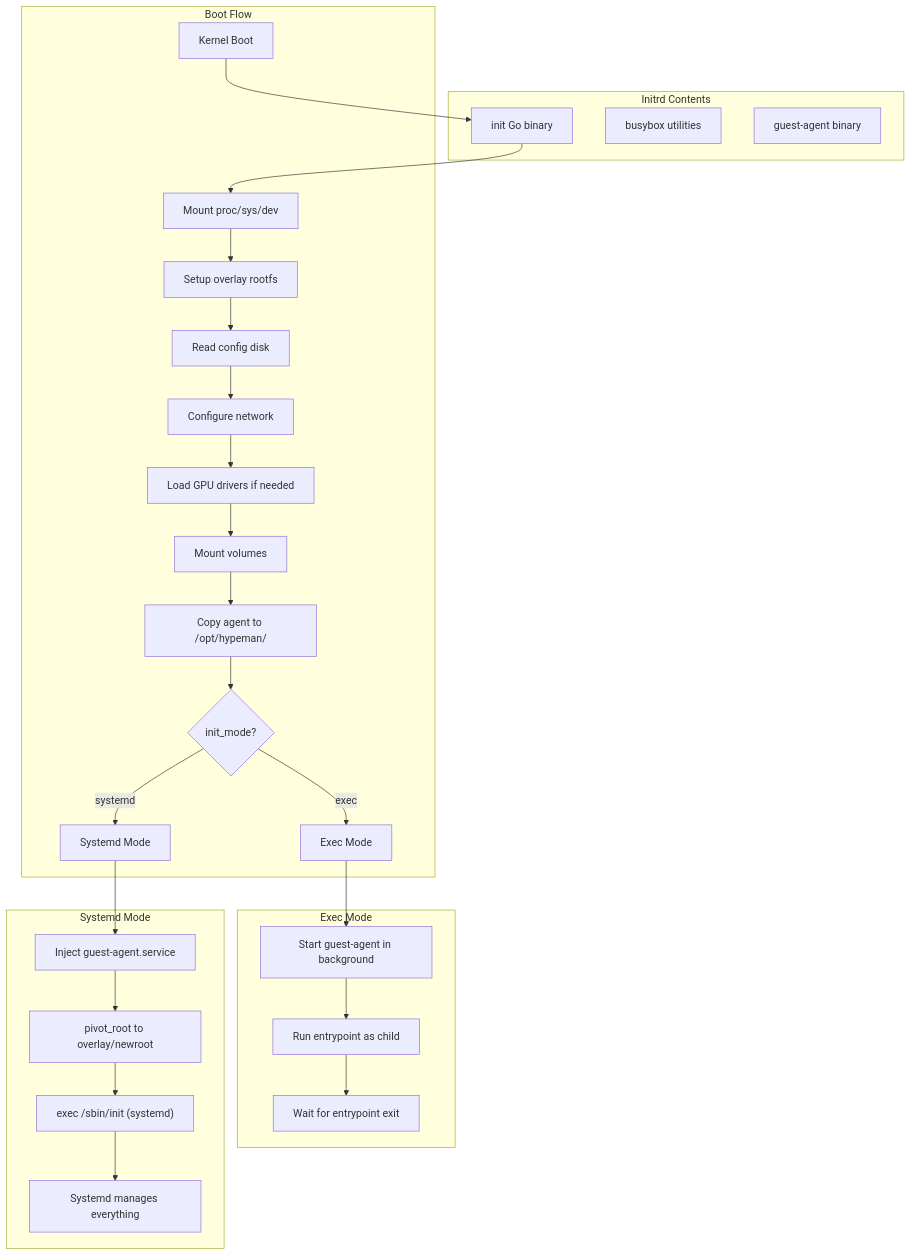
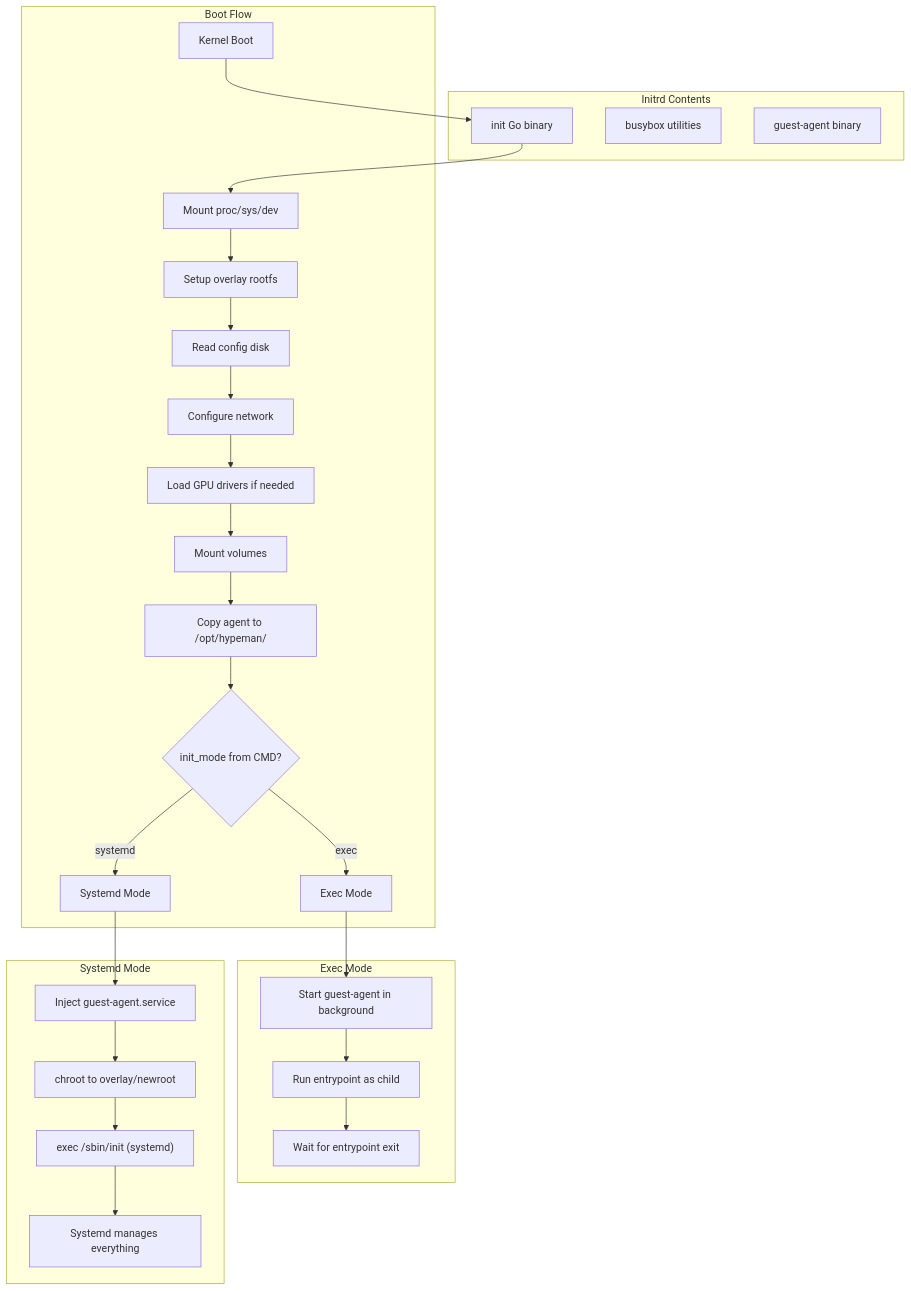
The diagram in .cursor/plans/systemd_vm_with_go_init_c0a9c010.plan.md (onkernel/hypeman), drawn with Mermaid before and after one commit. The commit also changed other lines of this file and 25 other files, not shown here.

First line of the commit message:
feat: add systemd mode for EC2-like VMs

````diff
--- a/.cursor/plans/systemd_vm_with_go_init_c0a9c010.plan.md
+++ b/.cursor/plans/systemd_vm_with_go_init_c0a9c010.plan.md
@@ -65,35 +59,35 @@
 ```mermaid
 flowchart TB
     subgraph initrd [Initrd Contents]
         GoInit[init Go binary]
         BusyBox[busybox utilities]
         GuestAgent[guest-agent binary]
     end
     
     subgraph boot [Boot Flow]
         Kernel[Kernel Boot] --> GoInit
         GoInit --> MountFS[Mount proc/sys/dev]
         MountFS --> Overlay[Setup overlay rootfs]
         Overlay --> Config[Read config disk]
         Config --> Network[Configure network]
         Network --> Drivers[Load GPU drivers if needed]
         Drivers --> Volumes[Mount volumes]
         Volumes --> CopyAgent[Copy agent to /opt/hypeman/]
-        CopyAgent --> ModeCheck{init_mode?}
+        CopyAgent --> ModeCheck{init_mode from CMD?}
         ModeCheck -->|exec| ExecMode[Exec Mode]
         ModeCheck -->|systemd| SystemdMode[Systemd Mode]
     end
     
     subgraph execpath [Exec Mode]
         ExecMode --> StartAgentBG[Start guest-agent in background]
         StartAgentBG --> RunEntrypoint[Run entrypoint as child]
         RunEntrypoint --> WaitPID[Wait for entrypoint exit]
     end
     
     subgraph systemdpath [Systemd Mode]
         SystemdMode --> InjectService[Inject guest-agent.service]
-        InjectService --> PivotRoot[pivot_root to overlay/newroot]
-        PivotRoot --> ExecInit["exec /sbin/init (systemd)"]
+        InjectService --> Chroot[chroot to overlay/newroot]
+        Chroot --> ExecInit["exec /sbin/init (systemd)"]
         ExecInit --> SystemdPID1[Systemd manages everything]
     end
 ```
````
